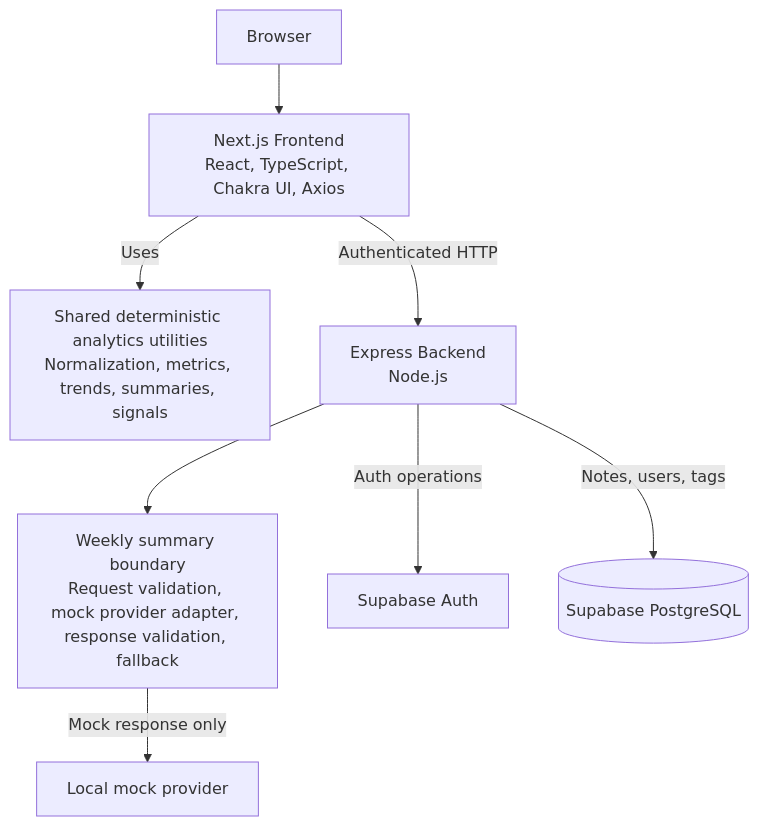
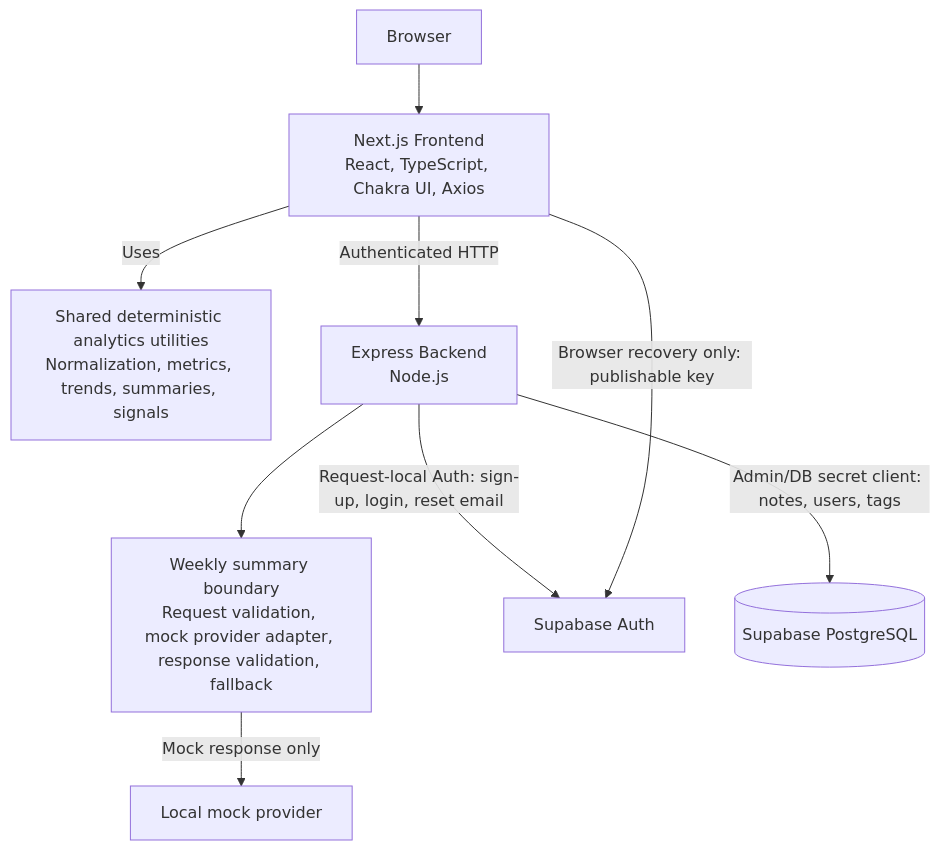
Before and after one commit to tyosu131/Workout-Journal: the diagram in docs/system-design.md, drawn with Mermaid. The commit also changed other lines of this file and 27 other files, not shown here.

````diff
--- a/docs/system-design.md
+++ b/docs/system-design.md
@@ -76,19 +76,20 @@
 ```mermaid
 flowchart TD
     Browser["Browser"]
     Frontend["Next.js Frontend<br/>React, TypeScript, Chakra UI, Axios"]
     Shared["Shared deterministic analytics utilities<br/>Normalization, metrics, trends, summaries, signals"]
     Backend["Express Backend<br/>Node.js"]
     Summary["Weekly summary boundary<br/>Request validation, mock provider adapter, response validation, fallback"]
     MockProvider["Local mock provider"]
     SupabaseAuth["Supabase Auth"]
     SupabaseDb[("Supabase PostgreSQL")]
 
     Browser --> Frontend
     Frontend -->|Authenticated HTTP| Backend
     Frontend -->|Uses| Shared
-    Backend -->|Auth operations| SupabaseAuth
-    Backend -->|Notes, users, tags| SupabaseDb
+    Backend -->|Request-local Auth: sign-up, login, reset email| SupabaseAuth
+    Frontend -->|Browser recovery only: publishable key| SupabaseAuth
+    Backend -->|Admin/DB secret client: notes, users, tags| SupabaseDb
     Backend --> Summary
     Summary -->|Mock response only| MockProvider
 ```
````
